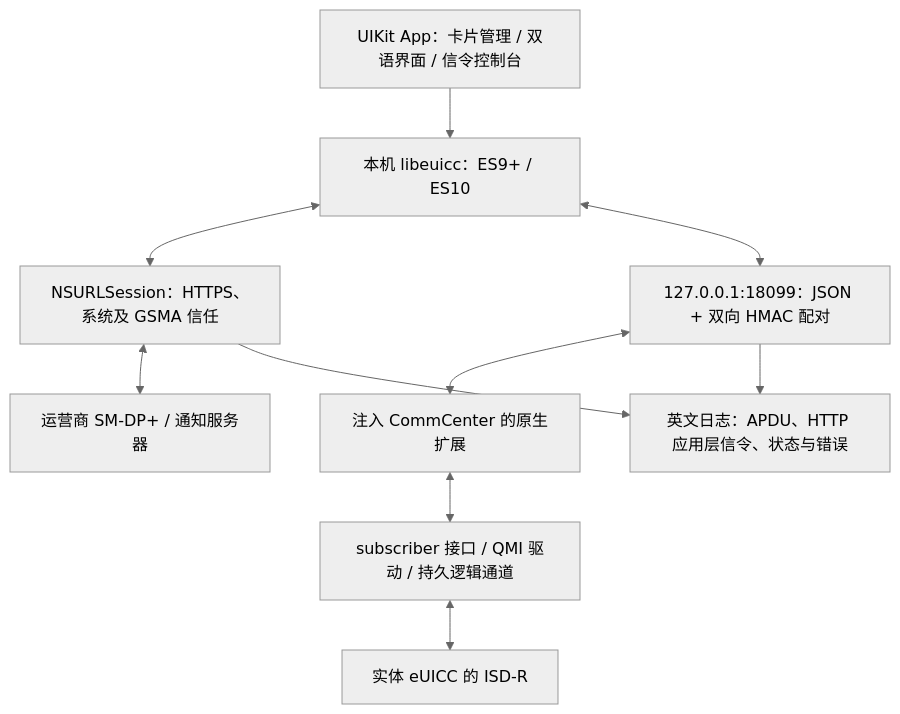
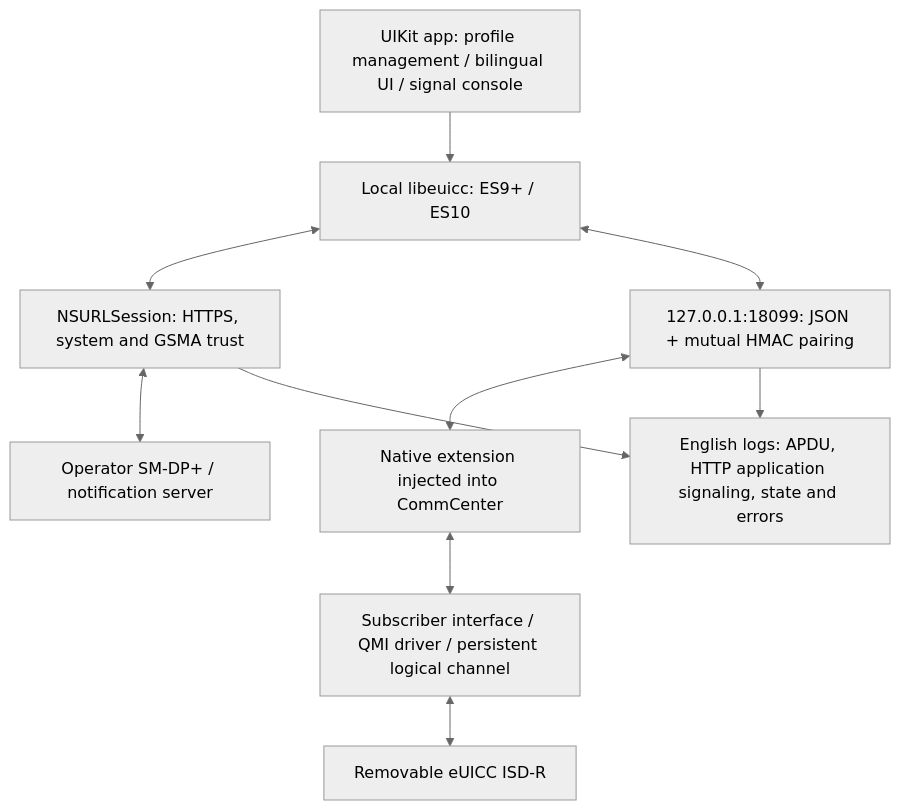
The diagram in docs/ARCHITECTURE_PORTING.md (Officeyutong/SIMHarbor), drawn with Mermaid (neutral theme) before and after one commit. The commit also changed other lines of this file and 24 other files, not shown here.

````diff
--- a/docs/ARCHITECTURE_PORTING.md
+++ b/docs/ARCHITECTURE_PORTING.md
@@ -7,21 +9,21 @@
 ```mermaid
 flowchart TD
-    UI[UIKit App：卡片管理 / 双语界面 / 信令控制台]
-    LPA[本机 libeuicc：ES9+ / ES10]
-    HTTP[NSURLSession：HTTPS、系统及 GSMA 信任]
-    SM[运营商 SM-DP+ / 通知服务器]
-    IPC[127.0.0.1:18099：JSON + 双向 HMAC 配对]
-    CC[注入 CommCenter 的原生扩展]
-    DRIVER[subscriber 接口 / QMI 驱动 / 持久逻辑通道]
-    CARD[实体 eUICC 的 ISD-R]
-    LOG[英文日志：APDU、HTTP 应用层信令、状态与错误]
+    UI[UIKit app: profile management / bilingual UI / signal console]
+    LPA[Local libeuicc: ES9+ / ES10]
+    HTTP[NSURLSession: HTTPS, system and GSMA trust]
+    SM[Operator SM-DP+ / notification server]
+    IPC[127.0.0.1:18099: JSON + mutual HMAC pairing]
+    CC[Native extension injected into CommCenter]
+    DRIVER[Subscriber interface / QMI driver / persistent logical channel]
+    CARD[Removable eUICC ISD-R]
+    LOG[English logs: APDU, HTTP application signaling, state and errors]
     UI --> LPA
     LPA <--> HTTP
     HTTP <--> SM
     LPA <--> IPC
     IPC <--> CC
     CC <--> DRIVER
     DRIVER <--> CARD
     IPC --> LOG
     HTTP --> LOG
 ```
````
